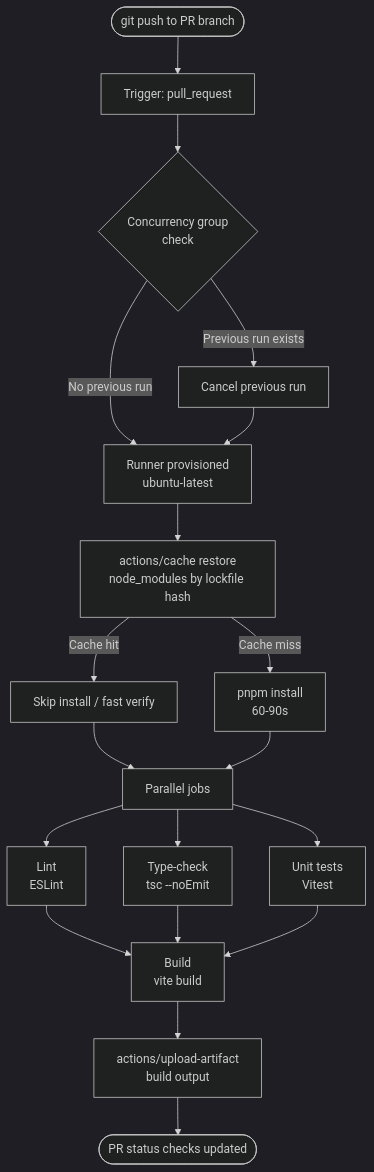
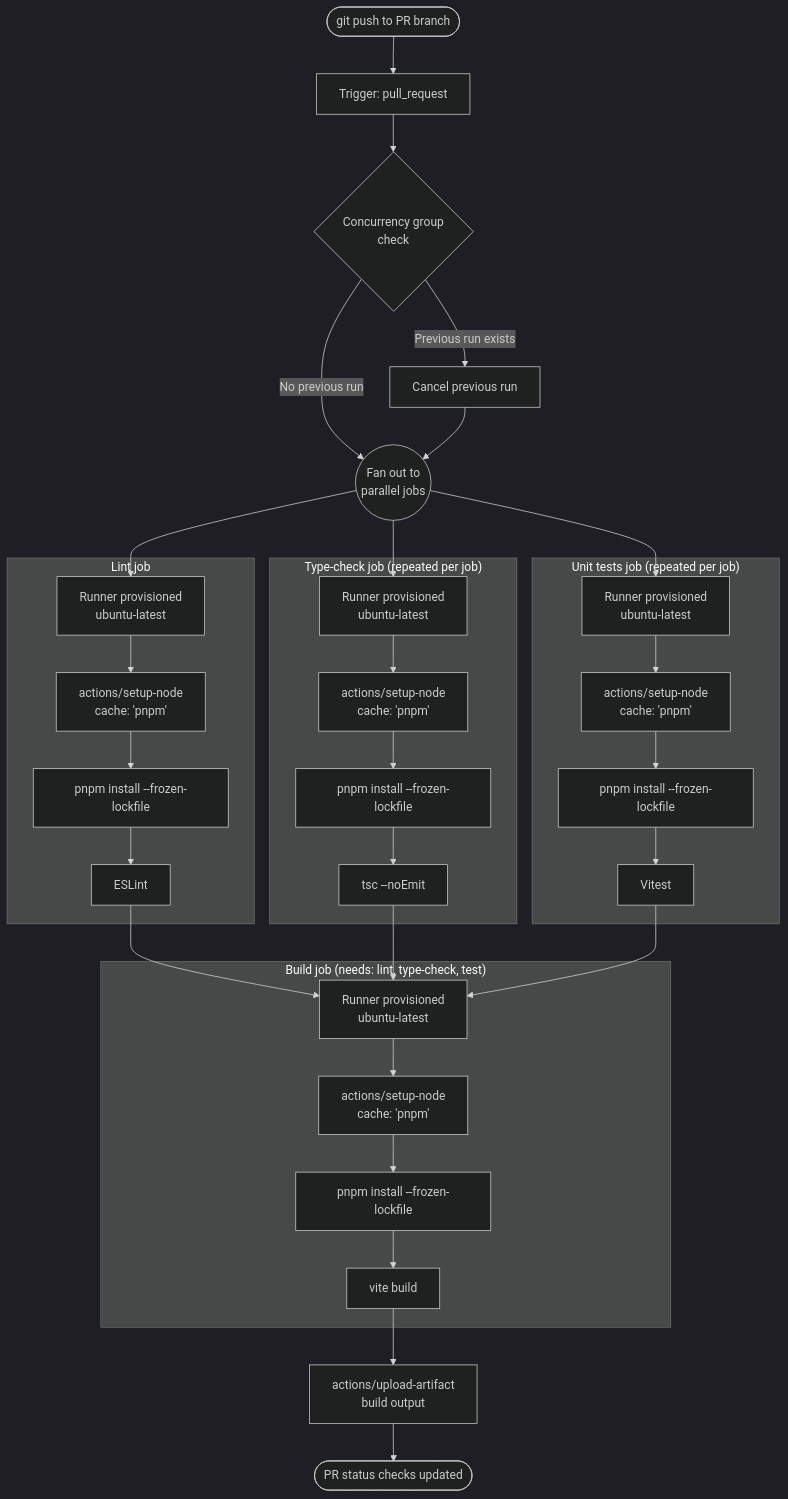
Before and after one commit to alivedise/frontend-engineering-essentials: the diagram in docs/en/CI CD and Deployment/1501.md, drawn with Mermaid (dark theme). The commit also changed other lines of this file and 3 other files, not shown here.

````diff
--- a/docs/en/CI CD and Deployment/1501.md
+++ b/docs/en/CI CD and Deployment/1501.md
@@ -80,21 +47,33 @@
 ```mermaid
 flowchart TD
     A([git push to PR branch]) --> B[Trigger: pull_request]
     B --> C{Concurrency group\ncheck}
     C -->|Previous run exists| D[Cancel previous run]
-    C -->|No previous run| E[Runner provisioned\nubuntu-latest]
+    C -->|No previous run| E((Fan out to\nparallel jobs))
     D --> E
-    E --> F[actions/cache restore\nnode_modules by lockfile hash]
-    F -->|Cache hit| G[Skip install / fast verify]
-    F -->|Cache miss| H[pnpm install\n60-90s]
-    G --> I[Parallel jobs]
-    H --> I
-    I --> J[Lint\nESLint]
-    I --> K[Type-check\ntsc --noEmit]
-    I --> L[Unit tests\nVitest]
-    J --> M[Build\nvite build]
-    K --> M
-    L --> M
-    M --> N[actions/upload-artifact\nbuild output]
-    N --> O([PR status checks updated])
+
+    subgraph K[Lint job]
+        K1[Runner provisioned\nubuntu-latest] --> K2[actions/setup-node\ncache: 'pnpm'] --> K3[pnpm install --frozen-lockfile] --> K4[ESLint]
+    end
+    subgraph L["Type-check job (repeated per job)"]
+        L1[Runner provisioned\nubuntu-latest] --> L2[actions/setup-node\ncache: 'pnpm'] --> L3[pnpm install --frozen-lockfile] --> L4[tsc --noEmit]
+    end
+    subgraph M["Unit tests job (repeated per job)"]
+        M1[Runner provisioned\nubuntu-latest] --> M2[actions/setup-node\ncache: 'pnpm'] --> M3[pnpm install --frozen-lockfile] --> M4[Vitest]
+    end
+
+    E --> K1
+    E --> L1
+    E --> M1
+
+    subgraph N["Build job (needs: lint, type-check, test)"]
+        N1[Runner provisioned\nubuntu-latest] --> N2[actions/setup-node\ncache: 'pnpm'] --> N3[pnpm install --frozen-lockfile] --> N4[vite build]
+    end
+
+    K4 --> N1
+    L4 --> N1
+    M4 --> N1
+
+    N4 --> O[actions/upload-artifact\nbuild output]
+    O --> P([PR status checks updated])
 ```
````
